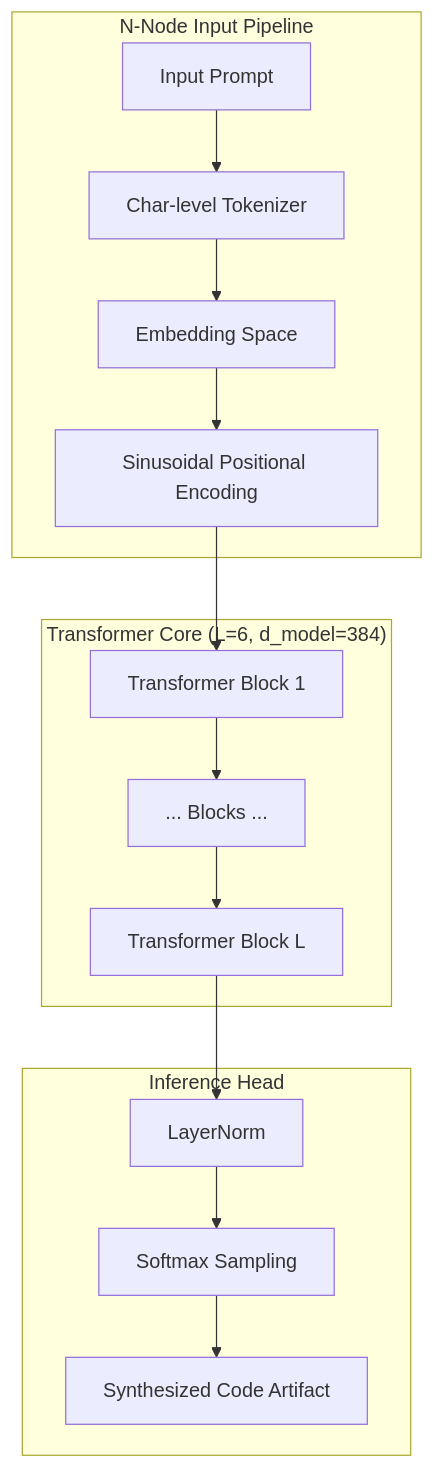
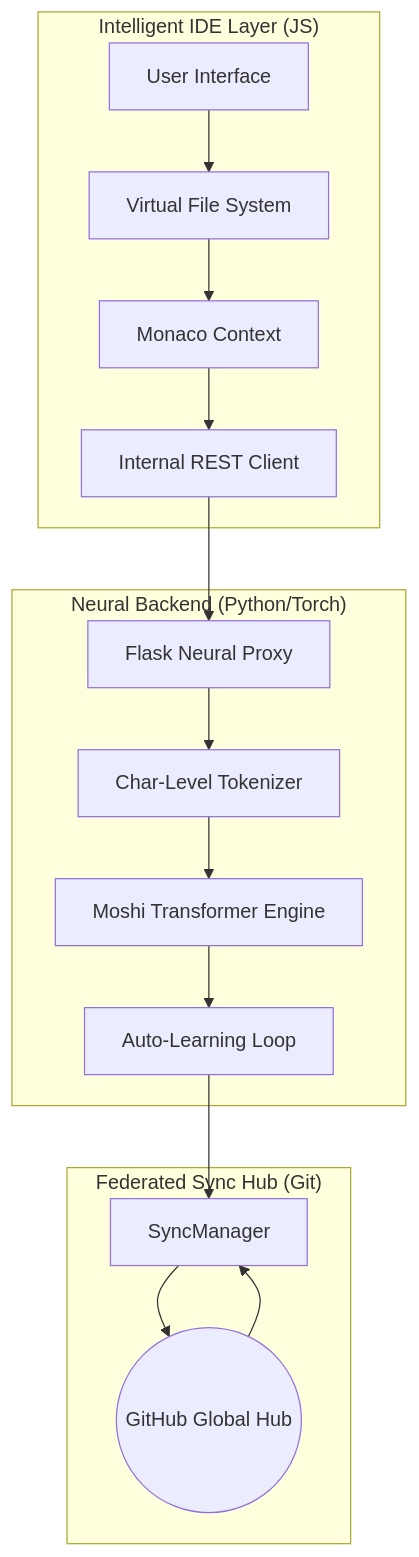
One commit to aliyabuz25/Moshi changed the diagram in README.md. Above: the diagram before and after it, drawn with Mermaid. The commit also changed other lines of this file, not shown here.

Commit message:
Docs: Implement Master Technical Manual - Exhaustive Class & Architecture Spec

````diff
--- a/README.md
+++ b/README.md
@@ -15,20 +9,21 @@
 ```mermaid
 graph TD
-    subgraph "N-Node Input Pipeline"
-        I[Input Prompt] --> T[Char-level Tokenizer]
-        T --> E[Embedding Space]
-        E --> PE[Sinusoidal Positional Encoding]
+    subgraph "Intelligent IDE Layer (JS)"
+        UI[User Interface] --> VFS[Virtual File System]
+        VFS --> MON[Monaco Context]
+        MON --> API[Internal REST Client]
     end
 
-    subgraph "Transformer Core (L=6, d_model=384)"
-        PE --> B1[Transformer Block 1]
-        B1 --> BN[... Blocks ...]
-        BN --> BL[Transformer Block L]
+    subgraph "Neural Backend (Python/Torch)"
+        API --> FL[Flask Neural Proxy]
+        FL --> T[Char-Level Tokenizer]
+        T --> M[Moshi Transformer Engine]
+        M --> AL[Auto-Learning Loop]
     end
 
-    subgraph "Inference Head"
-        BL --> LN[LayerNorm]
-        LN --> SM[Softmax Sampling]
-        SM --> O[Synthesized Code Artifact]
+    subgraph "Federated Sync Hub (Git)"
+        AL --> SM[SyncManager]
+        SM --> GH((GitHub Global Hub))
+        GH --> SM
     end
 ```
````
